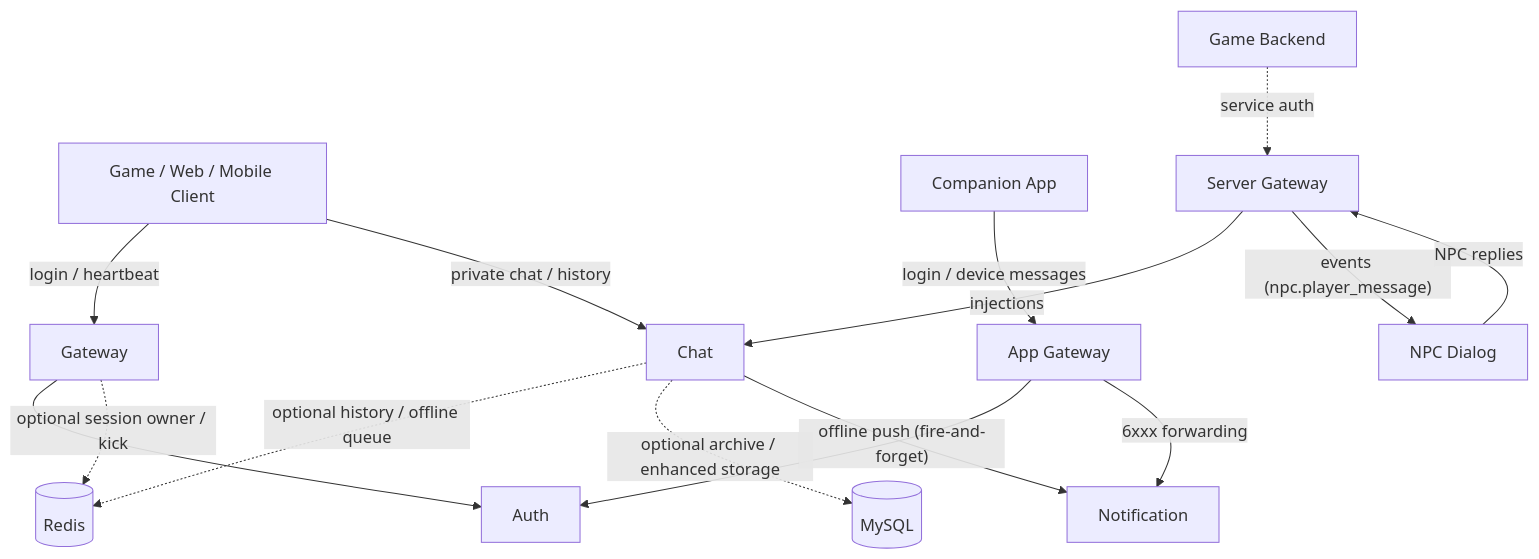
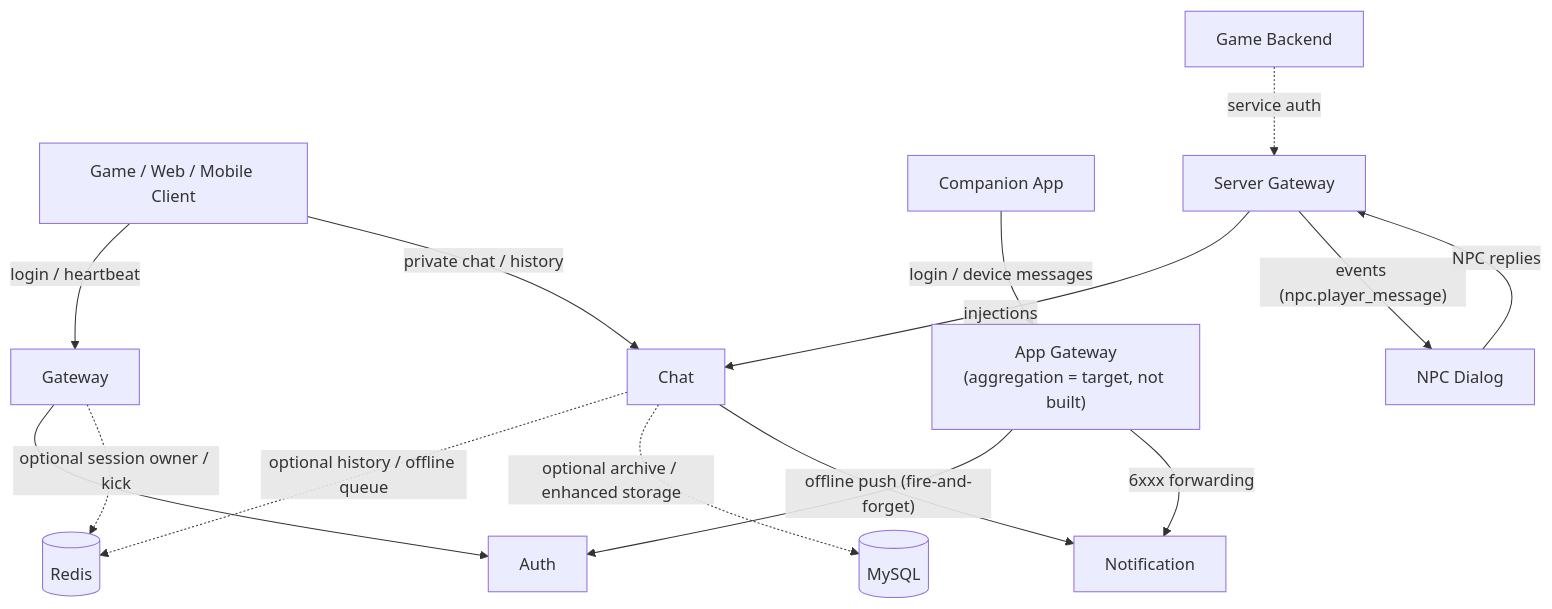
The diagram in docs/CORE.md (cuihairu/chirp), drawn with Mermaid before and after one commit. The commit also changed other lines of this file and 4 other files, not shown here.

````diff
--- a/docs/CORE.md
+++ b/docs/CORE.md
@@ -21,21 +21,21 @@
 ```mermaid
 graph TD
     Client[Game / Web / Mobile Client]
     Client -- login / heartbeat --> Gateway[Gateway]
     Gateway --> Auth[Auth]
     Gateway -. optional session owner / kick .-> Redis[(Redis)]
 
     Client -- private chat / history --> Chat[Chat]
     Chat -. optional history / offline queue .-> Redis
     Chat -. optional archive / enhanced storage .-> MySQL[(MySQL)]
     Chat -- offline push (fire-and-forget) --> Notification[Notification]
 
-    App[Companion App] -- login / device messages --> AppGateway[App Gateway]
+    App[Companion App] -- login / device messages --> AppGateway["App Gateway<br/>(aggregation = target, not built)"]
     AppGateway --> Auth
     AppGateway -- 6xxx forwarding --> Notification
 
     GameBackend[Game Backend] -. service auth .-> ServerGateway[Server Gateway]
     ServerGateway -- injections --> Chat
     ServerGateway -- events (npc.player_message) --> NpcDialog[NPC Dialog]
     NpcDialog -- NPC replies --> ServerGateway
 ```
````
